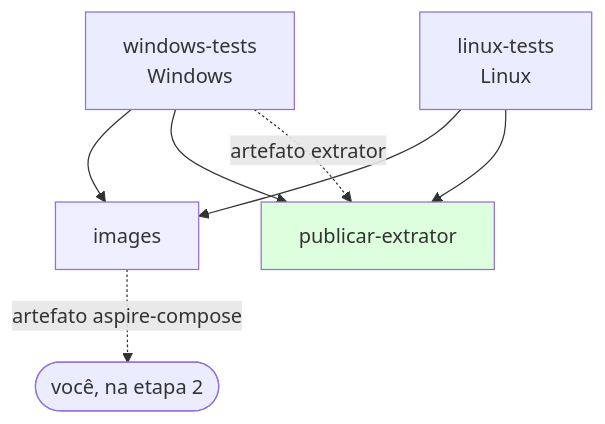
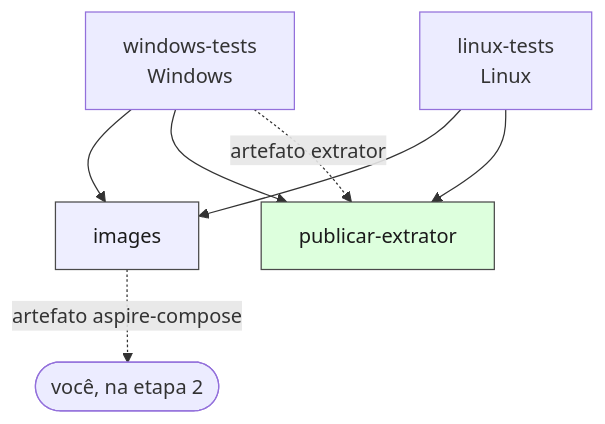
The fourth of 9 diagrams in Docs/fluxo-de-entrega.md (procfit/MLDemandForcastPOC), drawn with Mermaid before and after one commit. The commit also changed other lines of this file, not shown here.

First line of the commit message:
fix(docs): pin label color on the styled diagram nodes

````diff
--- a/Docs/fluxo-de-entrega.md
+++ b/Docs/fluxo-de-entrega.md
@@ -117,18 +117,18 @@
 ```mermaid
 flowchart TB
     W["windows-tests<br/>Windows"]
     L["linux-tests<br/>Linux"]
     I["images"]
     P["publicar-extrator"]
 
     W --> I
     L --> I
     W --> P
     L --> P
 
     W -.->|"artefato extrator"| P
     I -.->|"artefato aspire-compose"| OP(["você, na etapa 2"])
 
-    style I fill:#eef
-    style P fill:#dfd
+    style I fill:#eef,stroke:#4a4a4a,color:#1a1a1a
+    style P fill:#dfd,stroke:#4a4a4a,color:#1a1a1a
 ```
````
